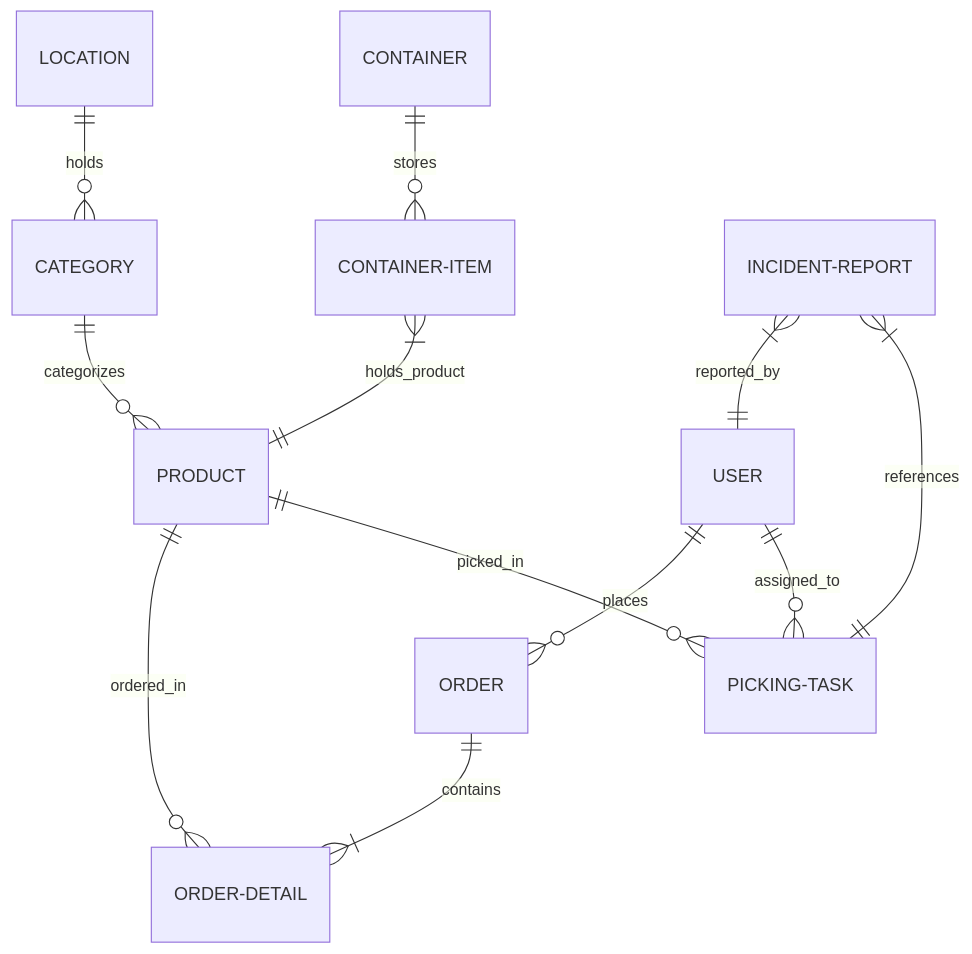
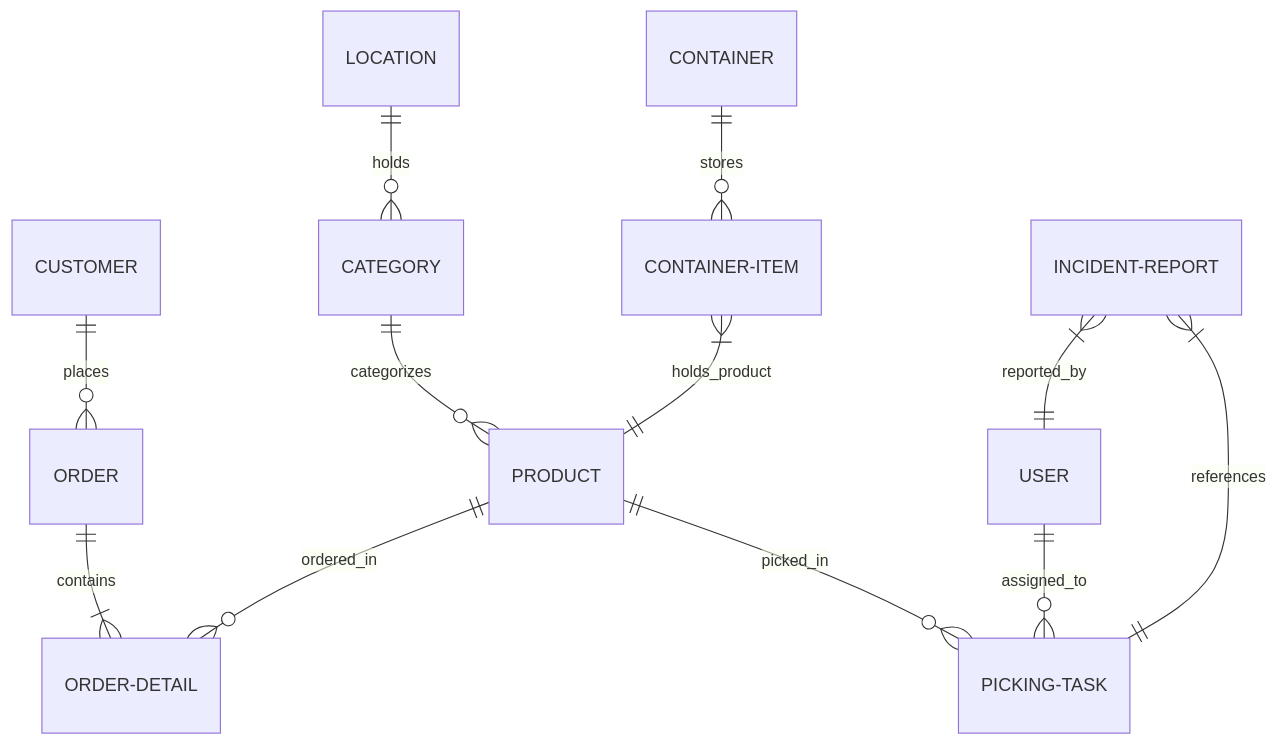
Before and after one commit to keydii1/kingfoods_mobile: the first of 2 diagrams in backend/API_FRONTEND_GUIDE.md, drawn with Mermaid. The commit also changed other lines of this file, not shown here.

Commit message:
docs: correct role from client to customer

````diff
--- a/backend/API_FRONTEND_GUIDE.md
+++ b/backend/API_FRONTEND_GUIDE.md
@@ -14,14 +14,14 @@
 ```mermaid
 erDiagram
-    USER ||--o{ ORDER : places
+    CUSTOMER ||--o{ ORDER : places
     USER ||--o{ PICKING-TASK : assigned_to
     ORDER ||--|{ ORDER-DETAIL : contains
     PRODUCT ||--o{ ORDER-DETAIL : ordered_in
     PRODUCT ||--o{ PICKING-TASK : picked_in
     CATEGORY ||--o{ PRODUCT : categorizes
     LOCATION ||--o{ CATEGORY : holds
     CONTAINER ||--o{ CONTAINER-ITEM : stores
     CONTAINER-ITEM }|--|| PRODUCT : holds_product
     INCIDENT-REPORT }|--|| USER : reported_by
     INCIDENT-REPORT }|--|| PICKING-TASK : references
 ```
````
